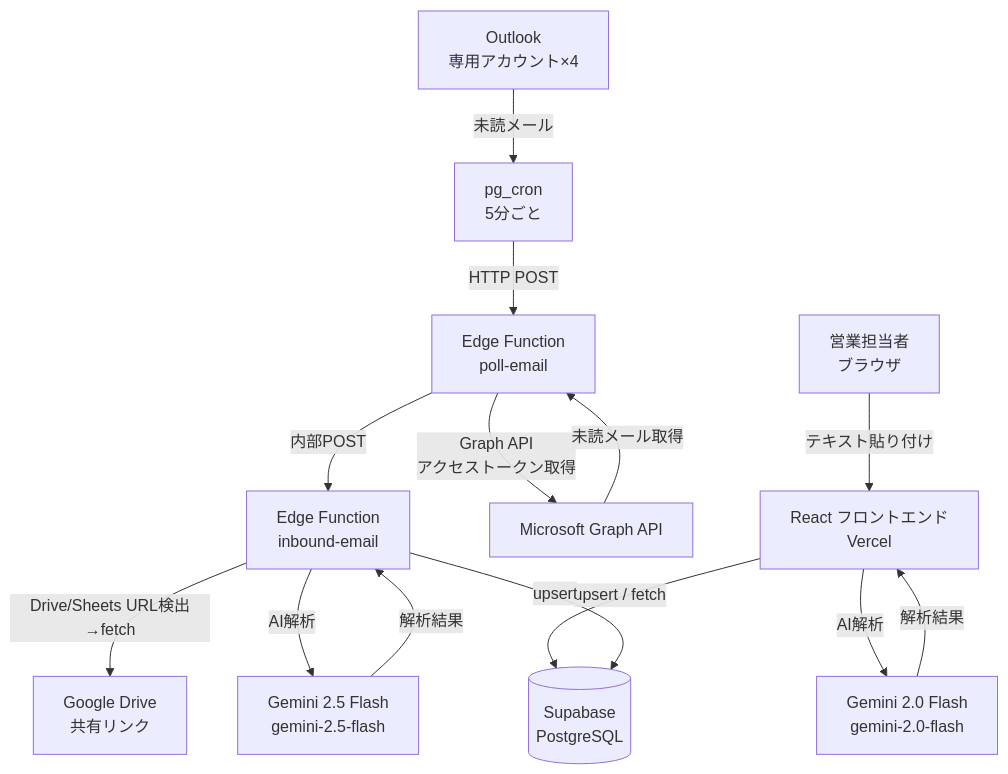
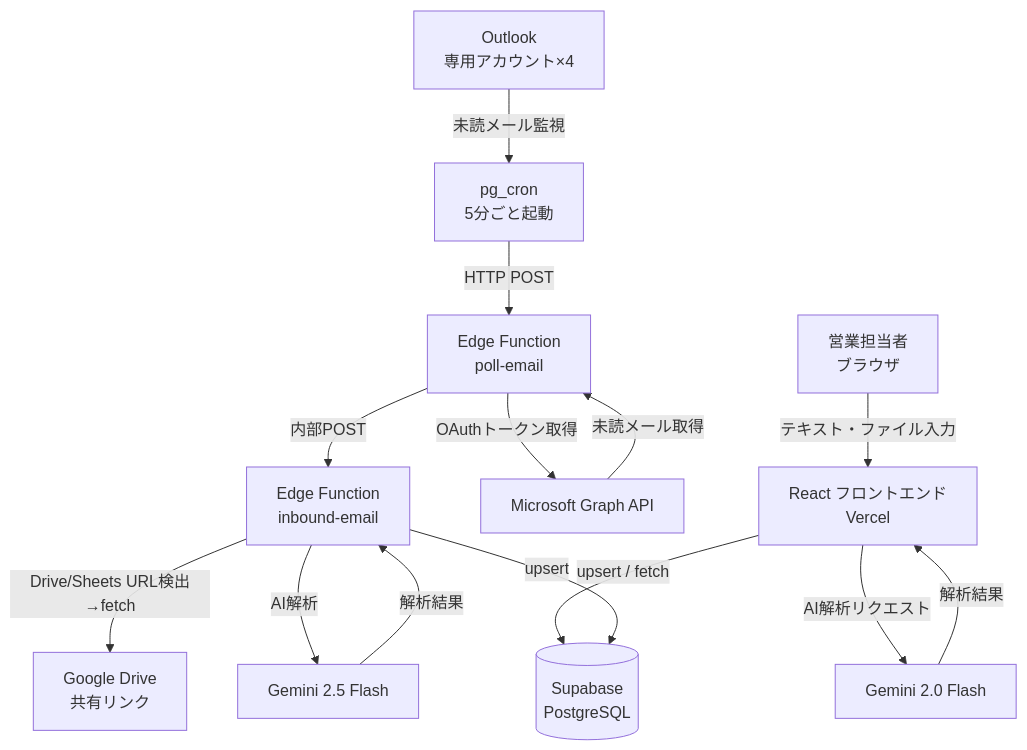
The diagram in README.md (kzmiyamura/akinavi-hr-ai-aws), drawn with Mermaid before and after one commit. The commit also changed other lines of this file, not shown here.

````diff
--- a/README.md
+++ b/README.md
@@ -20,17 +22,17 @@
 ```mermaid
 flowchart TD
-    A[営業担当者\nブラウザ] -->|テキスト貼り付け| B[React フロントエンド\nVercel]
-    B -->|AI解析| C[Gemini 2.0 Flash\ngemini-2.0-flash]
+    A[営業担当者\nブラウザ] -->|テキスト・ファイル入力| B[React フロントエンド\nVercel]
+    B -->|AI解析リクエスト| C[Gemini 2.0 Flash]
     C -->|解析結果| B
     B -->|upsert / fetch| D[(Supabase\nPostgreSQL)]
 
-    E[Outlook\n専用アカウント×4] -->|未読メール| F[pg_cron\n5分ごと]
+    E[Outlook\n専用アカウント×4] -->|未読メール監視| F[pg_cron\n5分ごと起動]
     F -->|HTTP POST| G[Edge Function\npoll-email]
-    G -->|Graph API\nアクセストークン取得| M[Microsoft Graph API]
+    G -->|OAuthトークン取得| M[Microsoft Graph API]
     M -->|未読メール取得| G
     G -->|内部POST| H[Edge Function\ninbound-email]
     H -->|Drive/Sheets URL検出→fetch| I[Google Drive\n共有リンク]
-    H -->|AI解析| J[Gemini 2.5 Flash\ngemini-2.5-flash]
+    H -->|AI解析| J[Gemini 2.5 Flash]
     J -->|解析結果| H
     H -->|upsert| D
 ```
````
